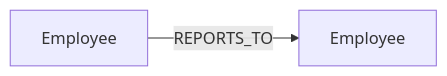
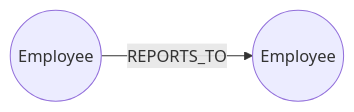
Before and after one commit to neo4j-graphacademy/courses: the seventh of 8 diagrams in asciidoc/courses/workshop-importing/modules/3-importing-data/lessons/4-importing-relationships/lesson.adoc, drawn with Mermaid. The commit also changed other lines of this file and 15 other files, not shown here.

````diff
--- a/asciidoc/courses/workshop-importing/modules/3-importing-data/lessons/4-importing-relationships/lesson.adoc
+++ b/asciidoc/courses/workshop-importing/modules/3-importing-data/lessons/4-importing-relationships/lesson.adoc
@@ -174,4 +174,4 @@
 ```mermaid
 graph LR
-    A[Employee] -->|REPORTS_TO| B[Employee]
+    A((Employee)) -->|REPORTS_TO| B((Employee))
 ```
````
